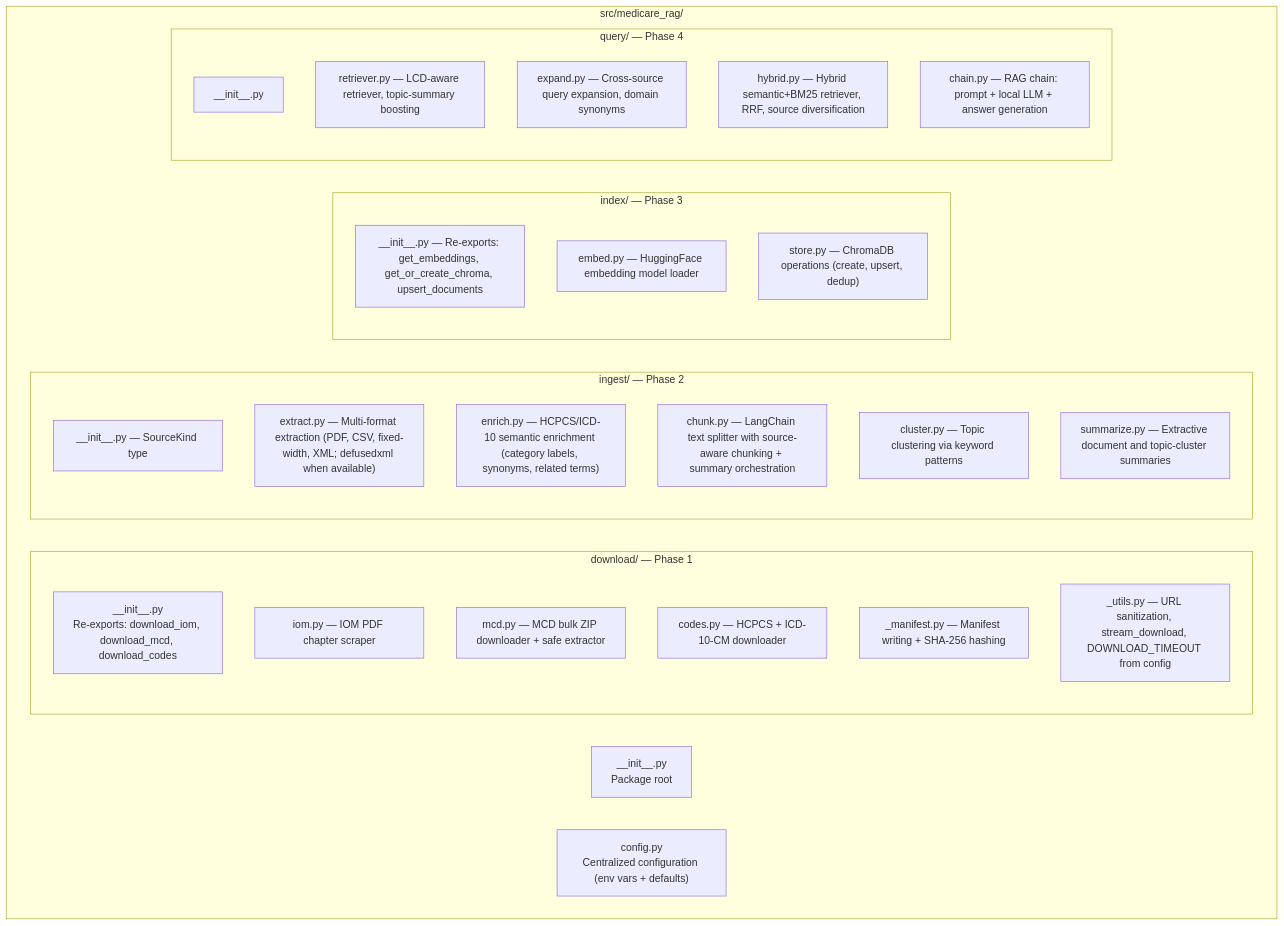
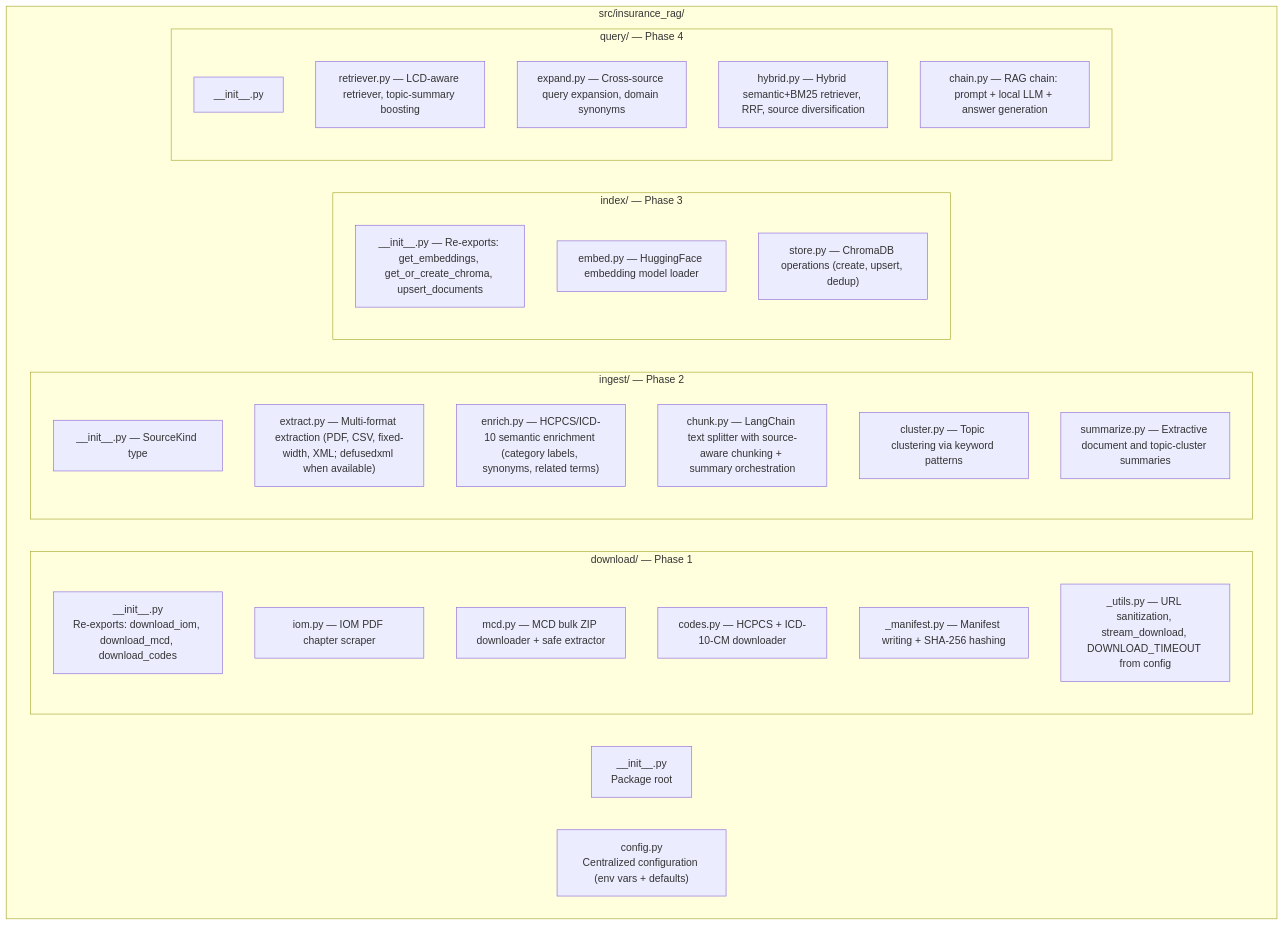
Before and after one commit to csmangum/insurance_rag: the seventh of 8 diagrams in ARCHITECTURE.md, drawn with Mermaid. The commit also changed other lines of this file and 67 other files, not shown here.

First line of the commit message:
Refactor Medicare RAG to Insurance RAG

````diff
--- a/ARCHITECTURE.md
+++ b/ARCHITECTURE.md
@@ -282,39 +282,39 @@
 ```mermaid
 flowchart TB
-  subgraph Root["src/medicare_rag/"]
+  subgraph Root["src/insurance_rag/"]
     Init["__init__.py\nPackage root"]
     Config["config.py\nCentralized configuration (env vars + defaults)"]
 
     subgraph Download["download/ — Phase 1"]
       DInit["__init__.py\nRe-exports: download_iom, download_mcd, download_codes"]
       IOM["iom.py — IOM PDF chapter scraper"]
       MCD["mcd.py — MCD bulk ZIP downloader + safe extractor"]
       Codes["codes.py — HCPCS + ICD-10-CM downloader"]
       Manifest["_manifest.py — Manifest writing + SHA-256 hashing"]
       Utils["_utils.py — URL sanitization, stream_download, DOWNLOAD_TIMEOUT from config"]
     end
 
     subgraph Ingest["ingest/ — Phase 2"]
       IInit["__init__.py — SourceKind type"]
       Extract["extract.py — Multi-format extraction (PDF, CSV, fixed-width, XML; defusedxml when available)"]
       Enrich["enrich.py — HCPCS/ICD-10 semantic enrichment (category labels, synonyms, related terms)"]
       Chunk["chunk.py — LangChain text splitter with source-aware chunking + summary orchestration"]
       Cluster["cluster.py — Topic clustering via keyword patterns"]
       Summarize["summarize.py — Extractive document and topic-cluster summaries"]
     end
 
     subgraph Index["index/ — Phase 3"]
       IdxInit["__init__.py — Re-exports: get_embeddings, get_or_create_chroma, upsert_documents"]
       Embed["embed.py — HuggingFace embedding model loader"]
       Store["store.py — ChromaDB operations (create, upsert, dedup)"]
     end
 
     subgraph Query["query/ — Phase 4"]
       QInit["__init__.py"]
       Retriever["retriever.py — LCD-aware retriever, topic-summary boosting"]
       Expand["expand.py — Cross-source query expansion, domain synonyms"]
       Hybrid["hybrid.py — Hybrid semantic+BM25 retriever, RRF, source diversification"]
       Chain["chain.py — RAG chain: prompt + local LLM + answer generation"]
     end
   end
 ```
````
